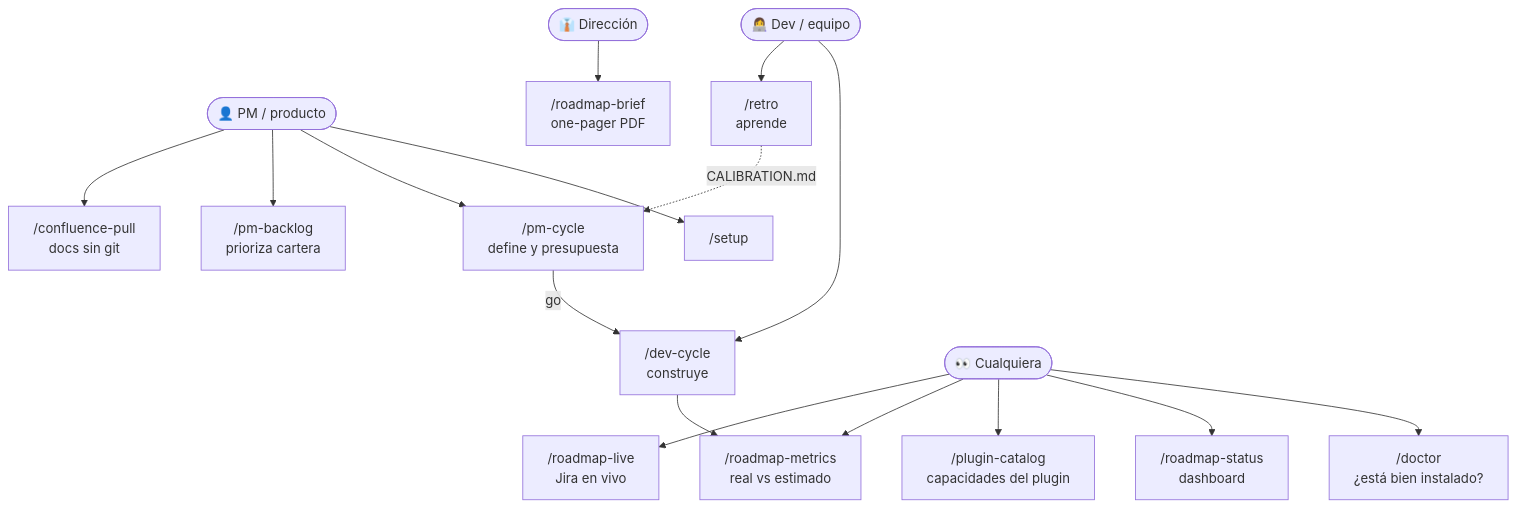
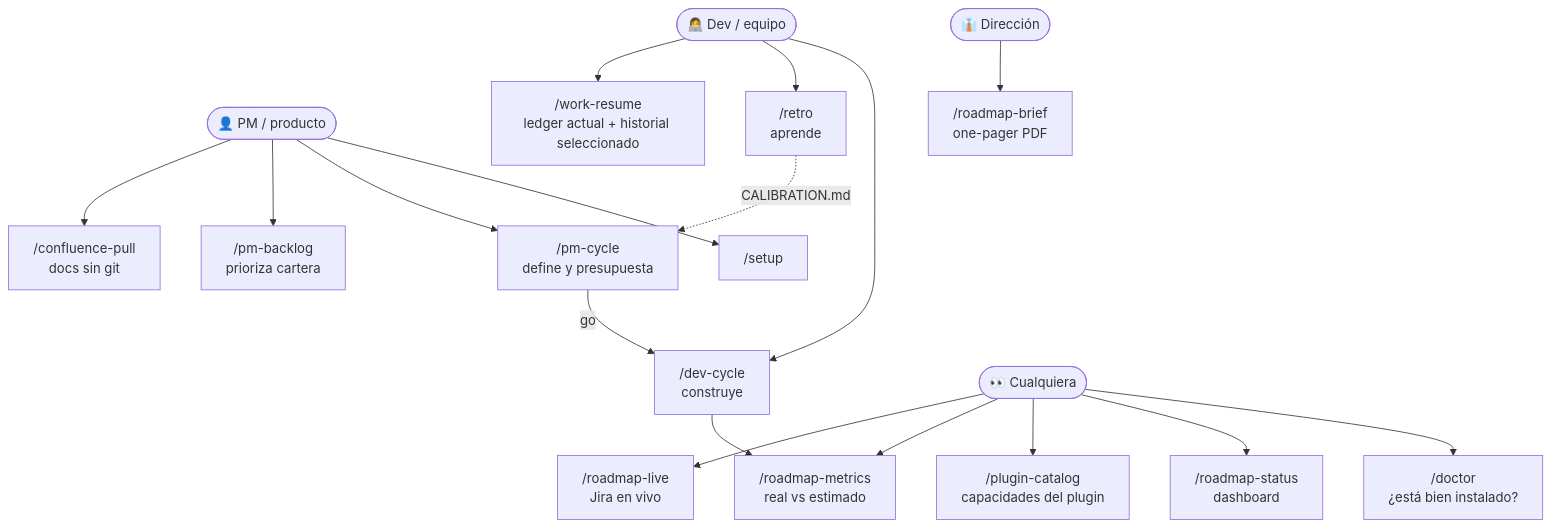
One commit to daycry/custom-agents changed the first of 17 diagrams in docs/FLOWS.md. Above: the diagram before and after it, drawn with Mermaid. The commit also changed other lines of this file and 36 other files, not shown here.

Commit message:
feat: add directed work resume from ledger and journal

````diff
--- a/docs/FLOWS.md
+++ b/docs/FLOWS.md
@@ -12,18 +12,19 @@
 ```mermaid
 flowchart TD
     PM(["👤 PM / producto"]) --> S0["/setup"]
     PM --> P1["/pm-cycle<br/>define y presupuesta"]
     PM --> P2["/pm-backlog<br/>prioriza cartera"]
     PM --> P3["/confluence-pull<br/>docs sin git"]
     DEV(["👩‍💻 Dev / equipo"]) --> D1["/dev-cycle<br/>construye"]
     DEV --> D2["/retro<br/>aprende"]
+    DEV --> D3["/work-resume<br/>ledger actual + historial seleccionado"]
     DIR(["👔 Dirección"]) --> V1["/roadmap-brief<br/>one-pager PDF"]
     TODOS(["👀 Cualquiera"]) --> V0["/doctor<br/>¿está bien instalado?"]
     TODOS --> V2["/roadmap-status<br/>dashboard"]
     TODOS --> V5["/plugin-catalog<br/>capacidades del plugin"]
     TODOS --> V3["/roadmap-metrics<br/>real vs estimado"]
     TODOS --> V4["/roadmap-live<br/>Jira en vivo"]
     P1 -->|go| D1
     D1 --> V3
     D2 -.->|CALIBRATION.md| P1
 ```
````
